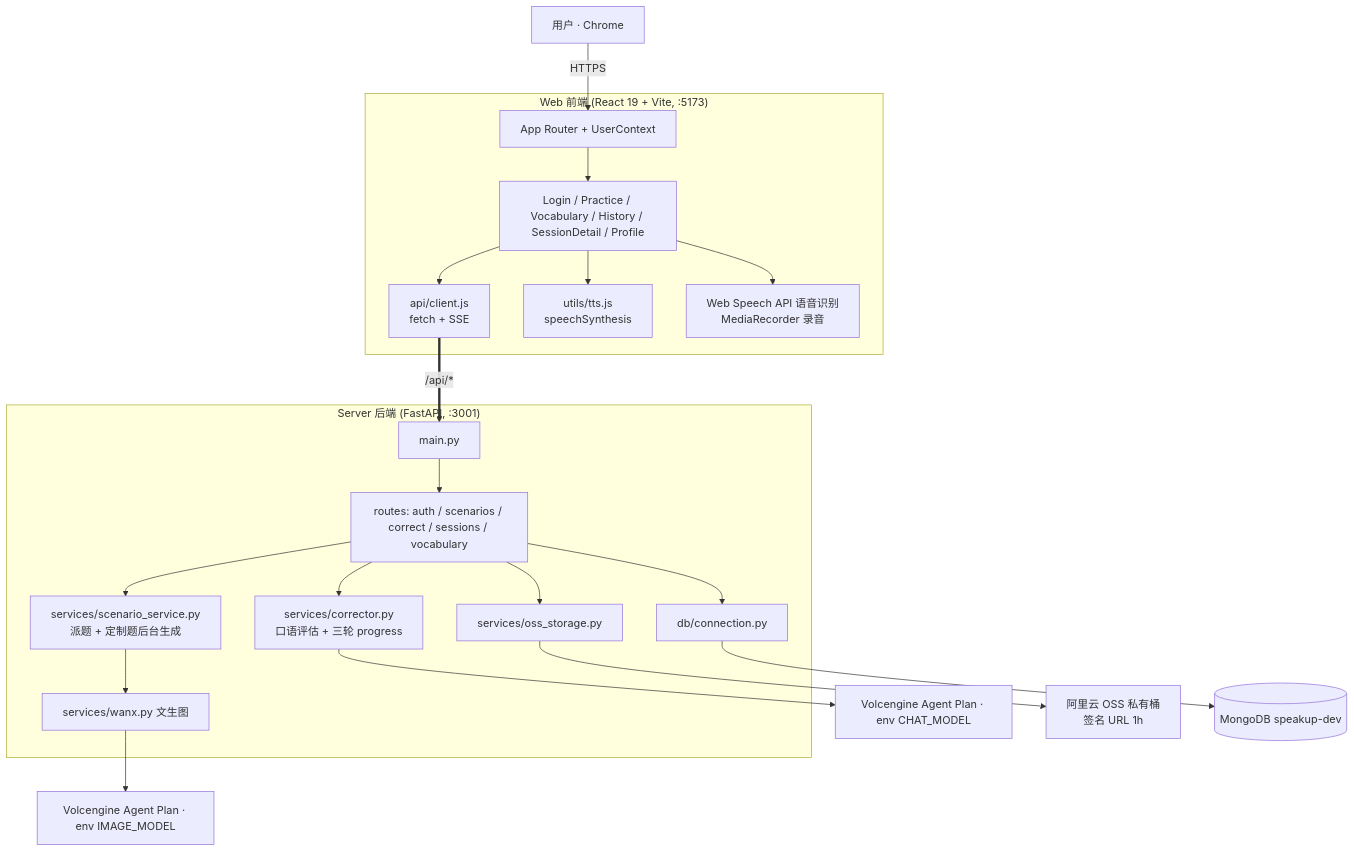
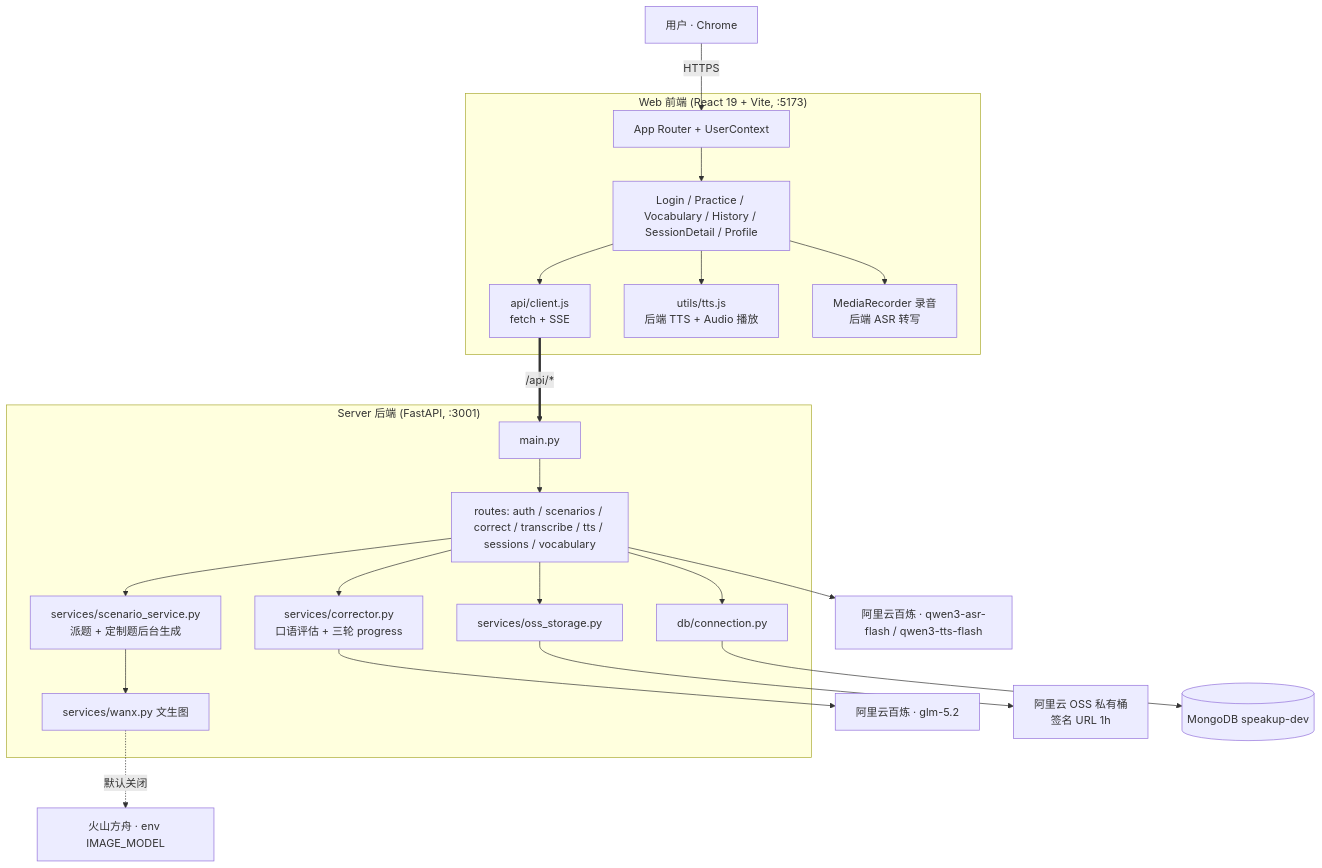
One commit to makewheels/speakup changed the first of 2 diagrams in docs/README.md. Above: the diagram before and after it, drawn with Mermaid. The commit also changed other lines of this file and 4 other files, not shown here.

````diff
--- a/docs/README.md
+++ b/docs/README.md
@@ -7,27 +7,28 @@
 ```mermaid
 graph TB
     User[用户 · Chrome] -->|HTTPS| Web
 
     subgraph "Web 前端 (React 19 + Vite, :5173)"
         Web[App Router + UserContext] --> Pages[Login / Practice / Vocabulary / History / SessionDetail / Profile]
         Pages --> Client[api/client.js<br/>fetch + SSE]
-        Pages --> TTS[utils/tts.js<br/>speechSynthesis]
-        Pages --> SR[Web Speech API 语音识别<br/>MediaRecorder 录音]
+        Pages --> TTS[utils/tts.js<br/>后端 TTS + Audio 播放]
+        Pages --> SR[MediaRecorder 录音<br/>后端 ASR 转写]
     end
 
     Client ==>|/api/*| API
 
     subgraph "Server 后端 (FastAPI, :3001)"
-        API[main.py] --> R[routes: auth / scenarios / correct / sessions / vocabulary]
+        API[main.py] --> R[routes: auth / scenarios / correct / transcribe / tts / sessions / vocabulary]
         R --> Corrector[services/corrector.py<br/>口语评估 + 三轮 progress]
         R --> Scen[services/scenario_service.py<br/>派题 + 定制题后台生成]
         Scen --> Wanx[services/wanx.py 文生图]
         R --> OSS[services/oss_storage.py]
         R --> DB[db/connection.py]
     end
 
-    Corrector --> Ark[Volcengine Agent Plan · env CHAT_MODEL]
-    Wanx --> Seedream[Volcengine Agent Plan · env IMAGE_MODEL]
+    Corrector --> DashScope[阿里云百炼 · glm-5.2]
+    R --> Voice[阿里云百炼 · qwen3-asr-flash / qwen3-tts-flash]
+    Wanx -.默认关闭.-> Seedream[火山方舟 · env IMAGE_MODEL]
     OSS --> Aliyun[阿里云 OSS 私有桶<br/>签名 URL 1h]
     DB --> Mongo[(MongoDB speakup-dev)]
 ```
````
